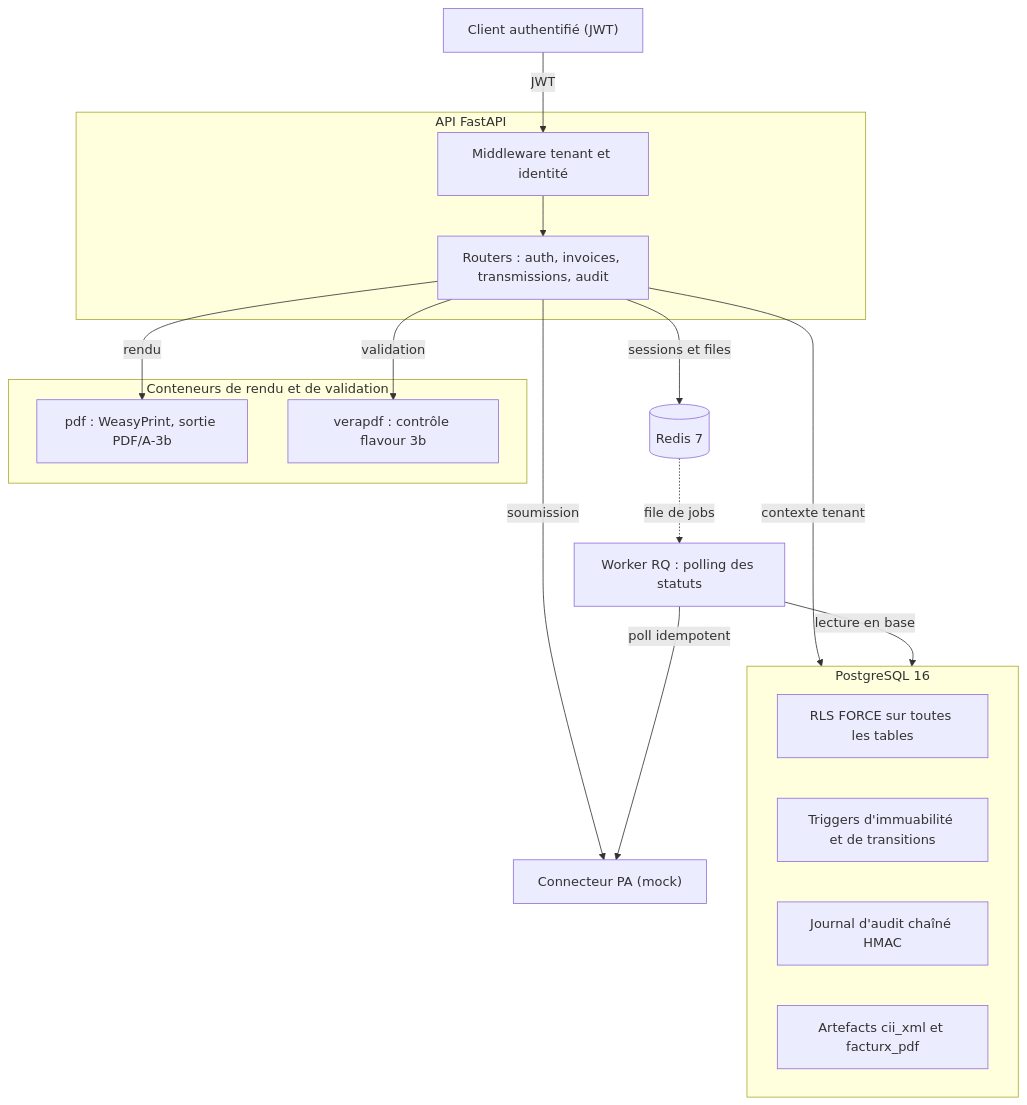
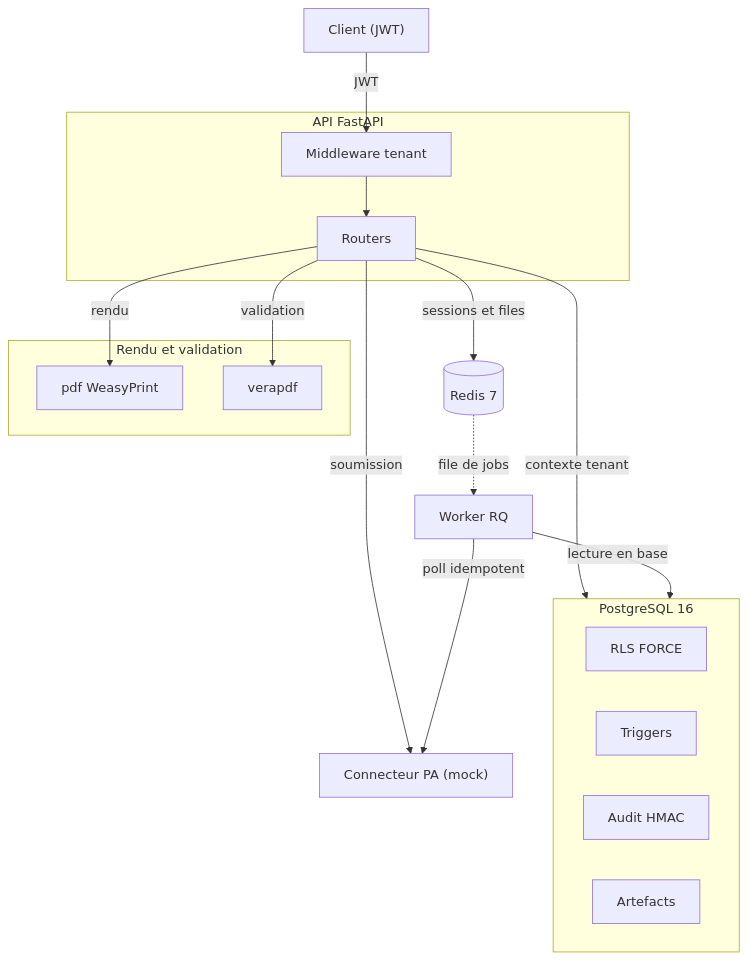
Before and after one commit to Henon393/epitaxy: the first of 2 diagrams in docs/architecture.md, drawn with Mermaid. The commit also changed other lines of this file, not shown here.

Commit message:
Met a jour le diagramme d architecture

````diff
--- a/docs/architecture.md
+++ b/docs/architecture.md
@@ -7,37 +7,37 @@
 ```mermaid
 flowchart TB
-    Client["Client authentifié (JWT)"]
+    Client["Client (JWT)"]
 
     subgraph API["API FastAPI"]
-        MW["Middleware tenant et identité"]
-        R["Routers : auth, invoices, transmissions, audit"]
+        MW["Middleware tenant"]
+        R["Routers"]
     end
 
     subgraph DB["PostgreSQL 16"]
-        RLS["RLS FORCE sur toutes les tables"]
-        TRG["Triggers d'immuabilité et de transitions"]
-        AUD["Journal d'audit chaîné HMAC"]
-        ART["Artefacts cii_xml et facturx_pdf"]
+        RLS["RLS FORCE"]
+        TRG["Triggers"]
+        AUD["Audit HMAC"]
+        ART["Artefacts"]
     end
 
     REDIS[("Redis 7")]
-    WK["Worker RQ : polling des statuts"]
+    WK["Worker RQ"]
 
-    subgraph TOOLS["Conteneurs de rendu et de validation"]
-        PDF["pdf : WeasyPrint, sortie PDF/A-3b"]
-        VERA["verapdf : contrôle flavour 3b"]
+    subgraph TOOLS["Rendu et validation"]
+        PDF["pdf WeasyPrint"]
+        VERA["verapdf"]
     end
 
     PA["Connecteur PA (mock)"]
 
     Client -->|JWT| MW
     MW --> R
     R -->|contexte tenant| DB
     R -->|sessions et files| REDIS
     R -->|rendu| PDF
     R -->|validation| VERA
     R -->|soumission| PA
     REDIS -.->|file de jobs| WK
     WK -->|poll idempotent| PA
     WK -->|lecture en base| DB
 ```
````
